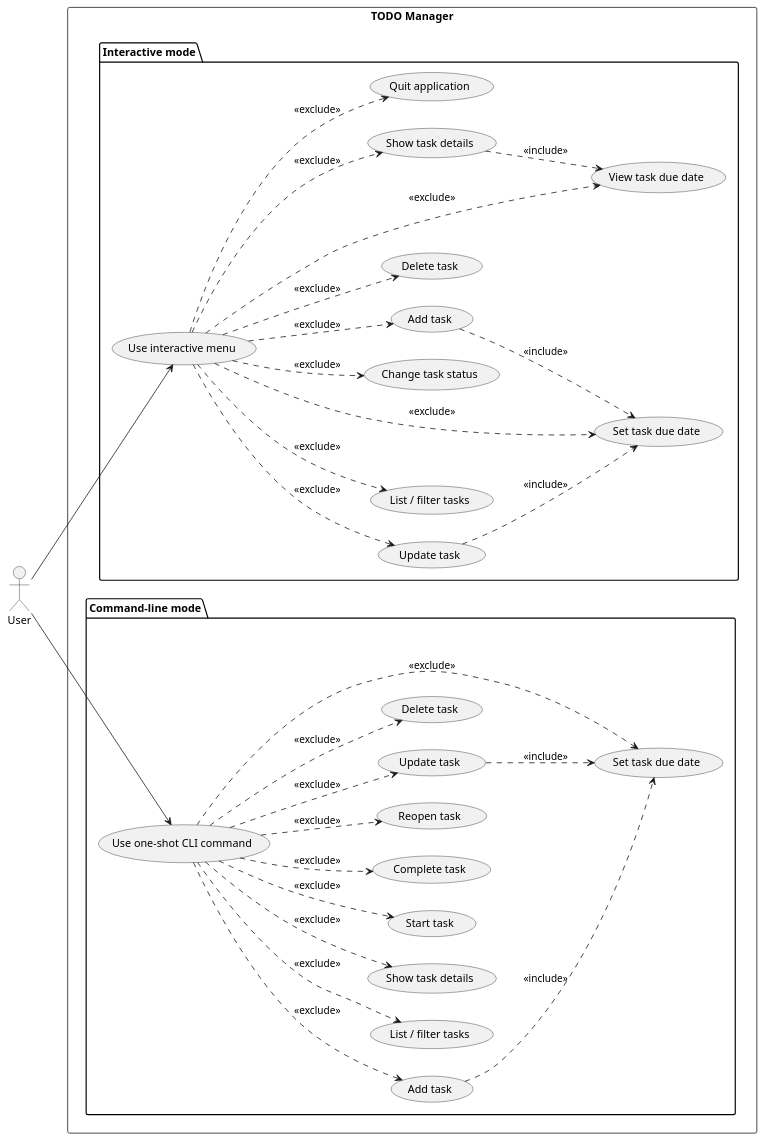
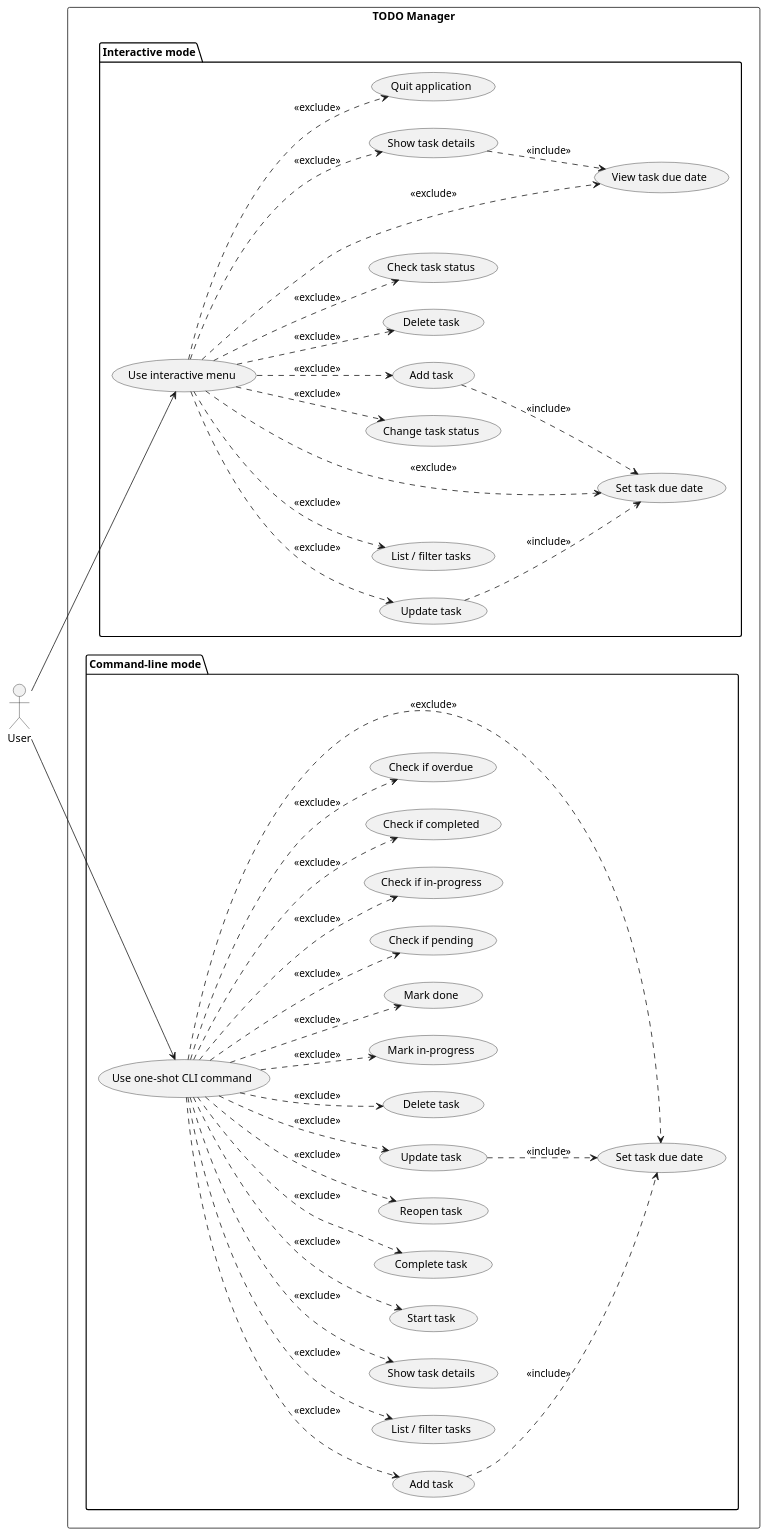
One commit to DanielRiha8906/Software_autoevolution_using_agents changed the diagram in experiments/supervisor_as_tools/user_stories/TODO/artifacts/use_case_diagram.puml. Above: the diagram before and after it, drawn with PlantUML. The commit also changed 12 other files, not shown here.

First line of the commit message:
Implement Task 02: Status Transition Methods and State Checking

```diff
--- a/experiments/supervisor_as_tools/user_stories/TODO/artifacts/use_case_diagram.puml
+++ b/experiments/supervisor_as_tools/user_stories/TODO/artifacts/use_case_diagram.puml
@@ -1,66 +1,80 @@
 @startuml use_case_diagram
 
 left to right direction
 
 actor User
 
 rectangle "TODO Manager" {
 
   package "Interactive mode" {
     usecase "Use interactive menu" as UI
     usecase "Add task" as I_ADD
     usecase "List / filter tasks" as I_LIST
     usecase "Show task details" as I_SHOW
     usecase "Change task status" as I_STATUS
     usecase "Update task" as I_UPDATE
     usecase "Delete task" as I_DELETE
+    usecase "Check task status" as I_CHECK
     usecase "Set task due date" as I_DUEDATE
     usecase "View task due date" as I_VIEWDUE
     usecase "Quit application" as I_QUIT
   }
 
   package "Command-line mode" {
     usecase "Use one-shot CLI command" as CLI
     usecase "Add task" as C_ADD
     usecase "List / filter tasks" as C_LIST
     usecase "Show task details" as C_SHOW
     usecase "Start task" as C_START
     usecase "Complete task" as C_DONE
     usecase "Reopen task" as C_REOPEN
     usecase "Update task" as C_UPDATE
     usecase "Delete task" as C_DELETE
+    usecase "Mark in-progress" as C_MARK_IN_PROG
+    usecase "Mark done" as C_MARK_DONE
+    usecase "Check if pending" as C_IS_PENDING
+    usecase "Check if in-progress" as C_IS_IN_PROG
+    usecase "Check if completed" as C_IS_COMPLETED
+    usecase "Check if overdue" as C_IS_OVERDUE
     usecase "Set task due date" as C_DUEDATE
   }
 }
 
 User --> UI
 User --> CLI
 
 UI ..> I_ADD    : <<exclude>>
 UI ..> I_LIST   : <<exclude>>
 UI ..> I_SHOW   : <<exclude>>
 UI ..> I_STATUS : <<exclude>>
 UI ..> I_UPDATE : <<exclude>>
 UI ..> I_DELETE : <<exclude>>
+UI ..> I_CHECK  : <<exclude>>
 UI ..> I_DUEDATE : <<exclude>>
 UI ..> I_VIEWDUE : <<exclude>>
 UI ..> I_QUIT   : <<exclude>>
 
 I_ADD ..> I_DUEDATE : <<include>>
 I_UPDATE ..> I_DUEDATE : <<include>>
 I_SHOW ..> I_VIEWDUE : <<include>>
 
 CLI ..> C_ADD    : <<exclude>>
 CLI ..> C_LIST   : <<exclude>>
 CLI ..> C_SHOW   : <<exclude>>
 CLI ..> C_START  : <<exclude>>
 CLI ..> C_DONE   : <<exclude>>
 CLI ..> C_REOPEN : <<exclude>>
 CLI ..> C_UPDATE : <<exclude>>
 CLI ..> C_DELETE : <<exclude>>
+CLI ..> C_MARK_IN_PROG : <<exclude>>
+CLI ..> C_MARK_DONE : <<exclude>>
+CLI ..> C_IS_PENDING : <<exclude>>
+CLI ..> C_IS_IN_PROG : <<exclude>>
+CLI ..> C_IS_COMPLETED : <<exclude>>
+CLI ..> C_IS_OVERDUE : <<exclude>>
 CLI ..> C_DUEDATE : <<exclude>>
 
 C_ADD ..> C_DUEDATE : <<include>>
 C_UPDATE ..> C_DUEDATE : <<include>>
 
 @enduml
```
